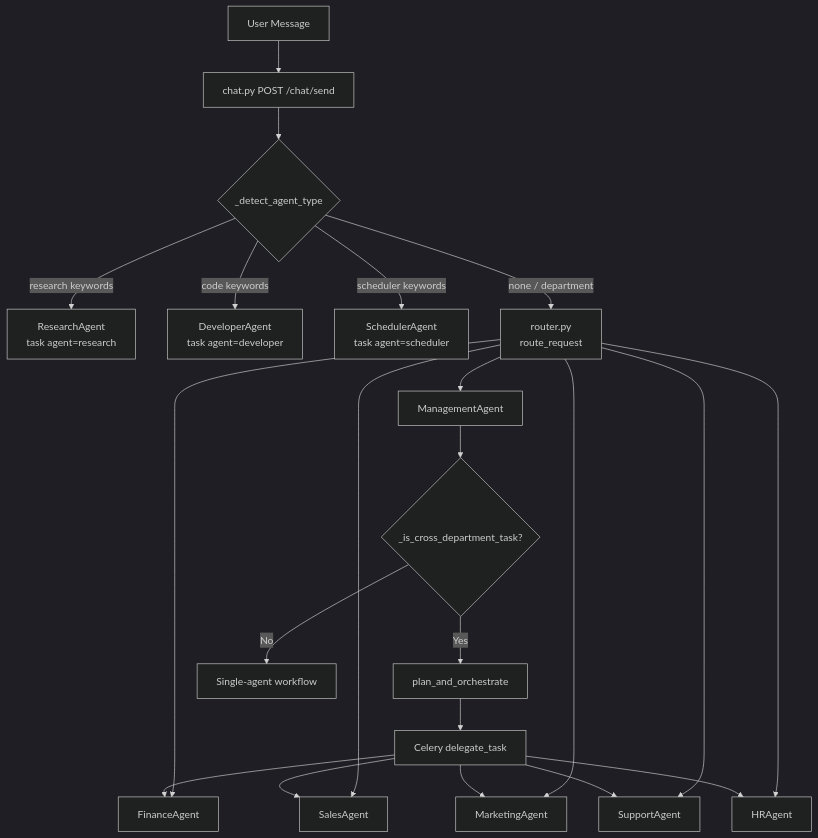
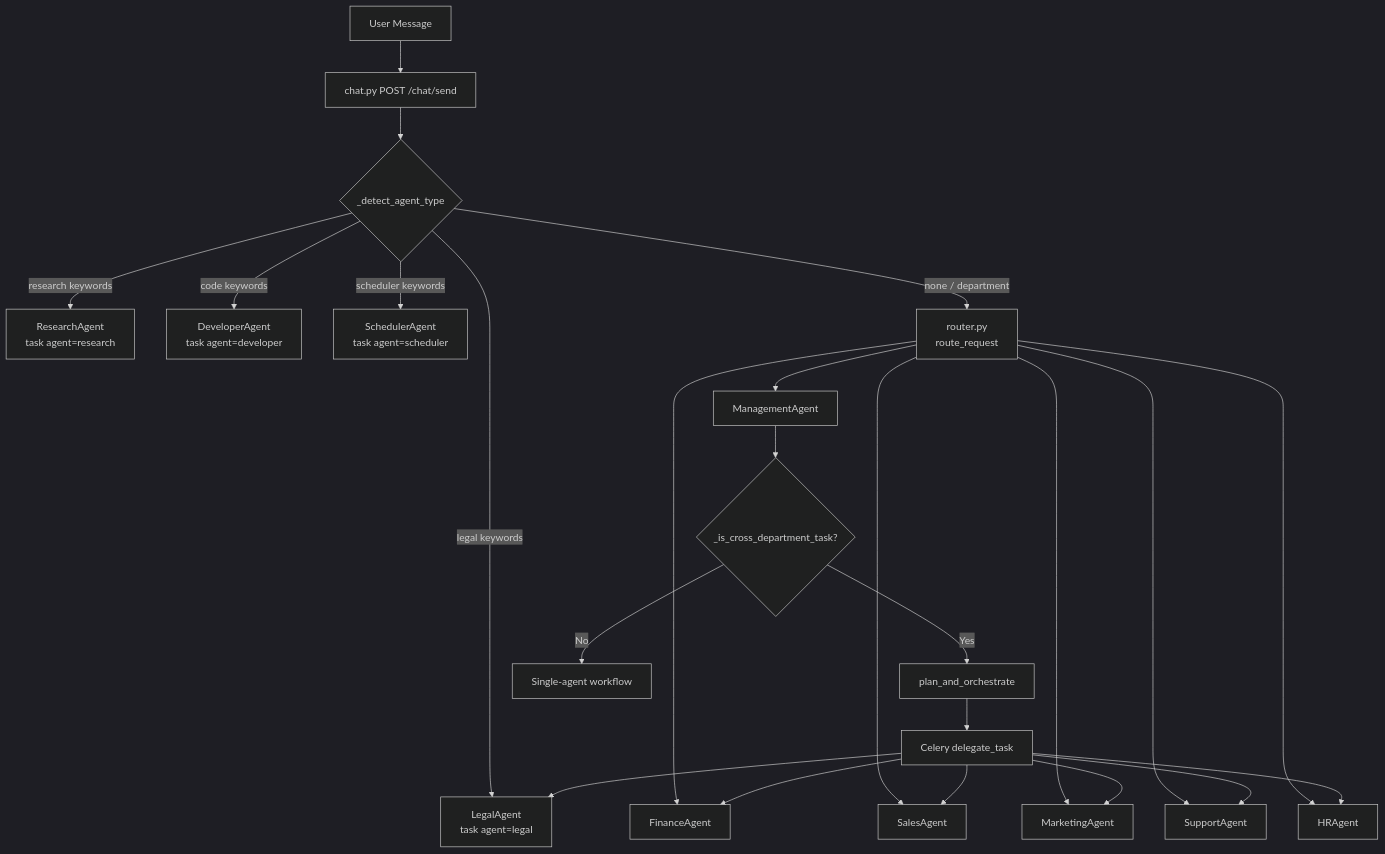
The second of 2 diagrams in docs/AGENTS.md (mezzofy/mz-ai-assistant), drawn with Mermaid (dark theme) before and after one commit. The commit also changed other lines of this file and 3 other files, not shown here.

First line of the commit message:
docs: Add Leo (Legal Agent) to all 3 documentation files

````diff
--- a/docs/AGENTS.md
+++ b/docs/AGENTS.md
@@ -349,24 +389,26 @@
 ```mermaid
 flowchart TD
     U[User Message] --> C[chat.py POST /chat/send]
     C --> DA{_detect_agent_type}
     DA -- research keywords --> RA[ResearchAgent\ntask agent=research]
     DA -- code keywords --> DEV[DeveloperAgent\ntask agent=developer]
     DA -- scheduler keywords --> SCHED[SchedulerAgent\ntask agent=scheduler]
+    DA -- legal keywords --> LEO[LegalAgent\ntask agent=legal]
     DA -- none / department --> R[router.py\nroute_request]
     R --> MA[ManagementAgent]
     R --> FA[FinanceAgent]
     R --> SA[SalesAgent]
     R --> MK[MarketingAgent]
     R --> SU[SupportAgent]
     R --> HR[HRAgent]
     MA --> ORCH{_is_cross_department_task?}
     ORCH -- Yes --> PO[plan_and_orchestrate]
     ORCH -- No --> SINGLE[Single-agent workflow]
     PO --> CELERY[Celery delegate_task]
     CELERY --> FA
     CELERY --> SA
     CELERY --> MK
     CELERY --> SU
     CELERY --> HR
+    CELERY --> LEO
 ```
````
